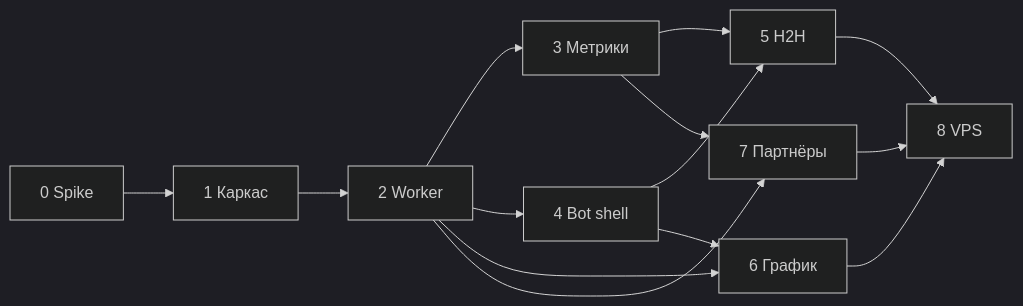
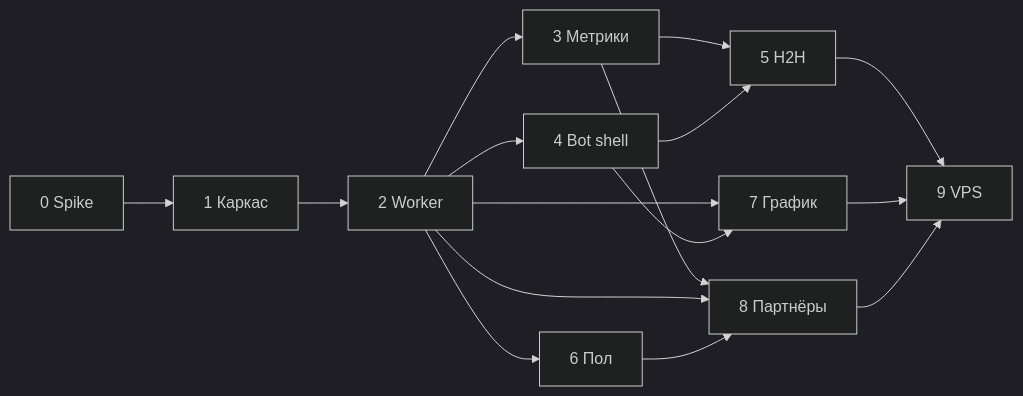
Before and after one commit to aleksandrlk751/badminton-lab-tg-bot: the diagram in docs/PLAN.md, drawn with Mermaid (dark theme). The commit also changed other lines of this file and 3 other files, not shown here.

````diff
--- a/docs/PLAN.md
+++ b/docs/PLAN.md
@@ -294,16 +329,18 @@
 ```mermaid
 flowchart LR
   E0[0 Spike] --> E1[1 Каркас]
   E1 --> E2[2 Worker]
   E2 --> E3[3 Метрики]
   E2 --> E4[4 Bot shell]
   E3 --> E5[5 H2H]
   E4 --> E5
-  E2 --> E6[6 График]
-  E4 --> E6
-  E3 --> E7[7 Партнёры]
-  E2 --> E7
-  E5 --> E8[8 VPS]
+  E2 --> E6[6 Пол]
+  E2 --> E7[7 График]
+  E4 --> E7
+  E3 --> E8[8 Партнёры]
+  E2 --> E8
   E6 --> E8
-  E7 --> E8
+  E5 --> E9[9 VPS]
+  E7 --> E9
+  E8 --> E9
 ```
````
